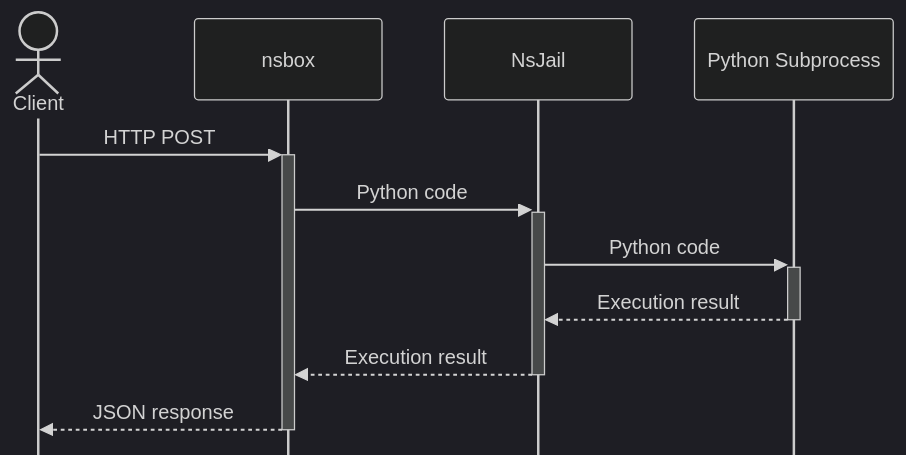
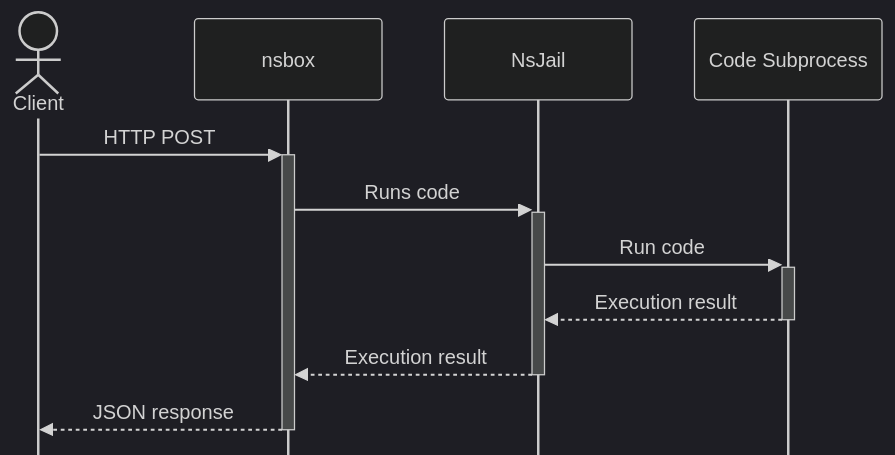
The diagram in README.md (Janlxrd/nsbox), drawn with Mermaid (dark theme) before and after one commit. The commit also changed other lines of this file, not shown here.

Commit message:
change stuff

````diff
--- a/README.md
+++ b/README.md
@@ -15,16 +15,16 @@
 ```mermaid
 %%{init: { 'sequence': {'mirrorActors': false, 'messageFontWeight': 300, 'actorFontFamily': '-apple-system,BlinkMacSystemFont,Segoe UI,Helvetica,Arial,sans-serif' } } }%%
 sequenceDiagram
 
 actor Client
 participant nsbox
 participant NsJail
-participant Python as Python Subprocess
+participant Code as Code Subprocess
 
 Client ->>+ nsbox: HTTP POST
-nsbox ->>+ NsJail: Python code
-NsJail ->>+ Python: Python code
-Python -->>- NsJail: Execution result
+nsbox ->>+ NsJail: Runs code
+NsJail ->>+ Code: Run code
+Code -->>- NsJail: Execution result
 NsJail -->>- nsbox: Execution result
 nsbox -->>- Client: JSON response
 ```
````
